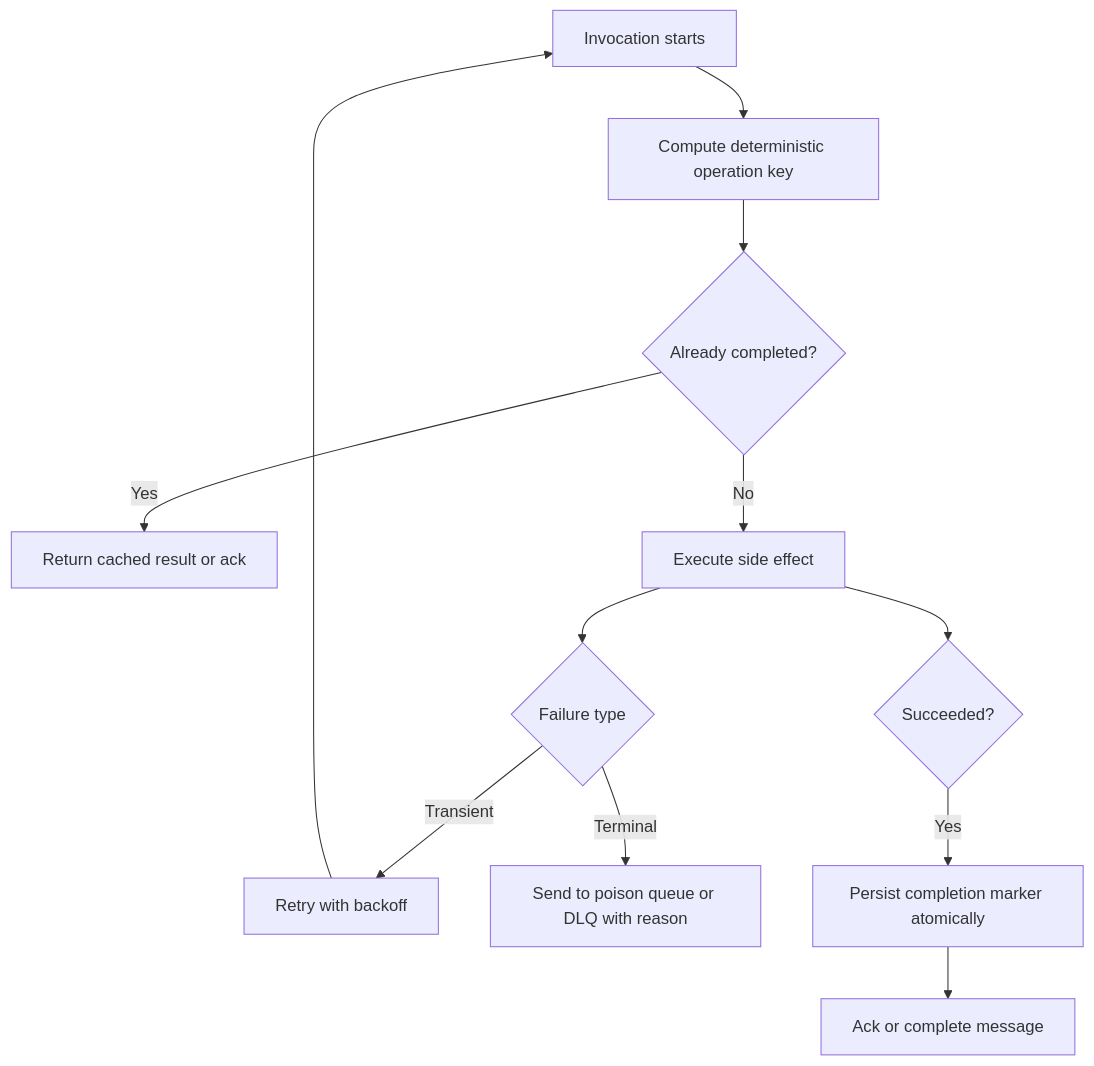
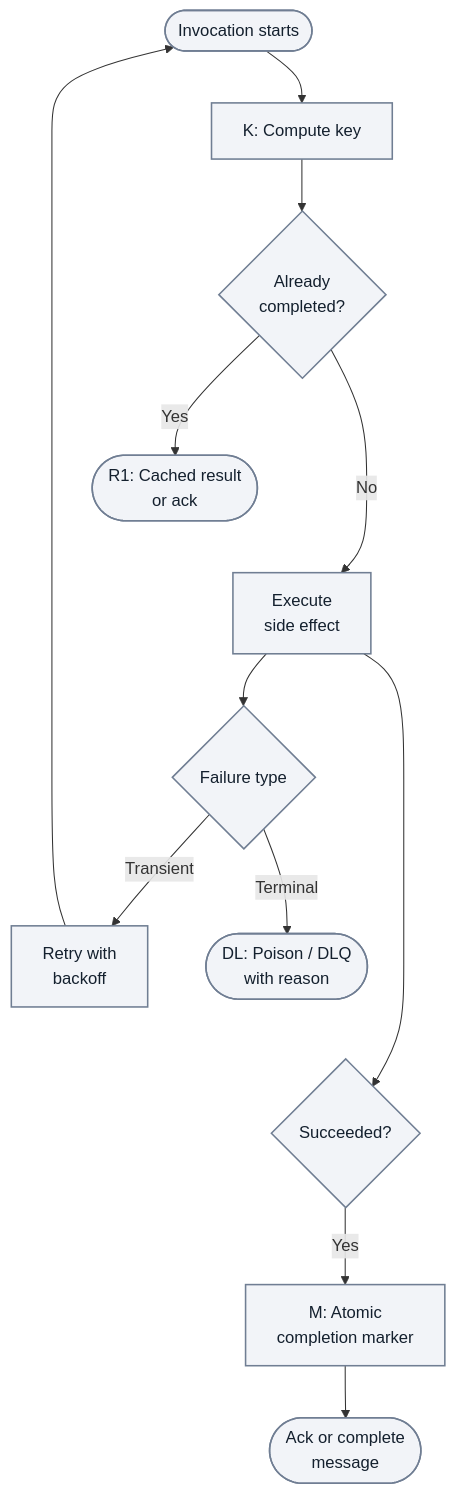
The first of 2 diagrams in docs/best-practices/reliability.md (yeongseon/azure-functions-practical-guide), drawn with Mermaid before and after one commit. The commit also changed other lines of this file and 3 other files, not shown here.

First line of the commit message:
docs(diagrams): migrate Functions reliability and retries — reliability and retries and poison handling and related pages (#423)

````diff
--- a/docs/best-practices/reliability.md
+++ b/docs/best-practices/reliability.md
@@ -151,14 +141,21 @@
 ```mermaid
 flowchart TD
-    S[Invocation starts] --> K[Compute deterministic operation key]
-    K --> D{Already completed?}
-    D -->|Yes| R1[Return cached result or ack]
-    D -->|No| E[Execute side effect]
-    E --> T{Failure type}
-    T -->|Transient| RT[Retry with backoff]
+    accTitle: Retry-safe processing decisions
+    accDescr: Illustrative application design linking deterministic keys, duplicate checks, side effects, failure classification, backoff, terminal recovery and durable completion. Retry and recovery mechanisms depend on the trigger and application.
+    S(["Invocation starts"]) --> K["K: Compute key"]
+    K --> D{"Already<br/>completed?"}
+    D -->|Yes| R1(["R1: Cached result<br/>or ack"])
+    D -->|No| E["Execute<br/>side effect"]
+    E --> T{"Failure type"}
+    T -->|Transient| RT["Retry with<br/>backoff"]
     RT --> S
-    T -->|Terminal| DL[Send to poison queue or DLQ with reason]
-    E --> OK{Succeeded?}
-    OK -->|Yes| M[Persist completion marker atomically]
-    M --> R2[Ack or complete message]
+    T -->|Terminal| DL(["DL: Poison / DLQ<br/>with reason"])
+    E --> OK{"Succeeded?"}
+    OK -->|Yes| M["M: Atomic<br/>completion marker"]
+    M --> R2(["Ack or complete<br/>message"])
+    %% Layout-only tiers add no processing steps or semantic arrows.
+    R1 ~~~ E
+    DL ~~~ OK
+    classDef neutral fill:#f2f4f8,stroke:#707e93,stroke-width:1.5px,color:#14202e;
+    class S,K,D,R1,E,T,RT,DL,OK,M,R2 neutral;
 ```
````
